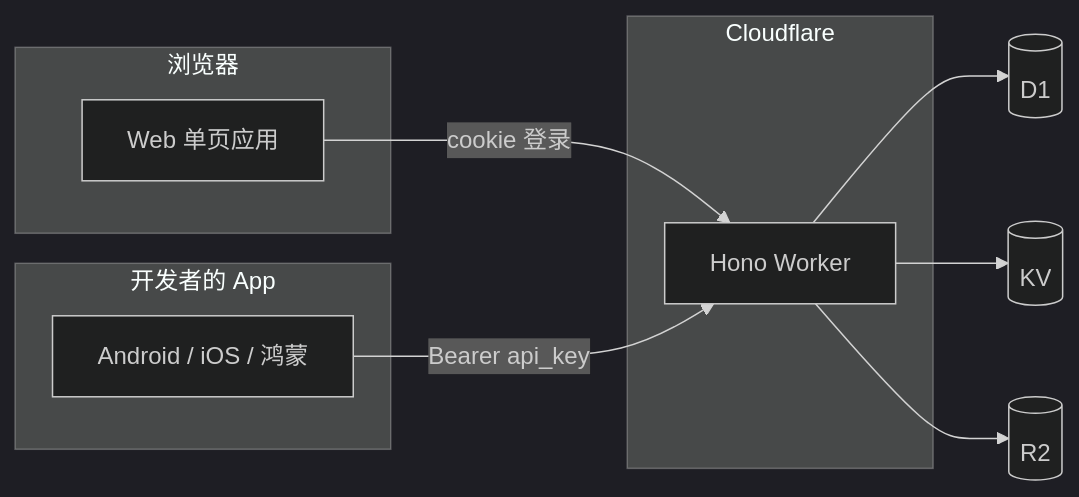
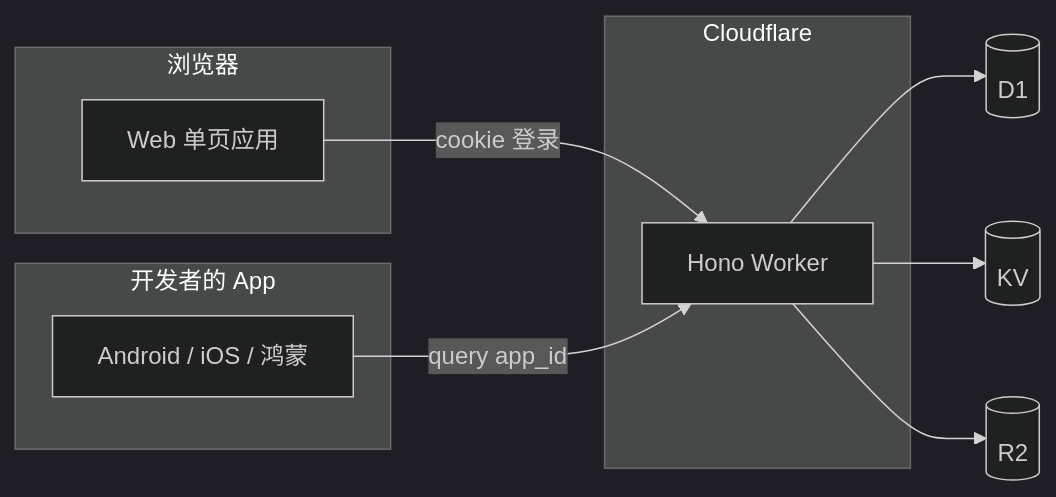
One commit to w2solo/appunion changed the first of 3 diagrams in TECH-appunions.md. Above: the diagram before and after it, drawn with Mermaid (dark theme). The commit also changed other lines of this file and 12 other files, not shown here.

````diff
--- a/TECH-appunions.md
+++ b/TECH-appunions.md
@@ -29,21 +29,21 @@
 ```mermaid
 flowchart LR
   subgraph browser [浏览器]
     Web[Web 单页应用]
   end
   subgraph host [开发者的 App]
     Native[Android / iOS / 鸿蒙]
   end
   subgraph cf [Cloudflare]
     Api[Hono Worker]
   end
   D1[(D1)]
   KV[(KV)]
   R2[(R2)]
 
   Web -->|cookie 登录| Api
-  Native -->|Bearer api_key| Api
+  Native -->|query app_id| Api
   Api --> D1
   Api --> KV
   Api --> R2
 ```
````
